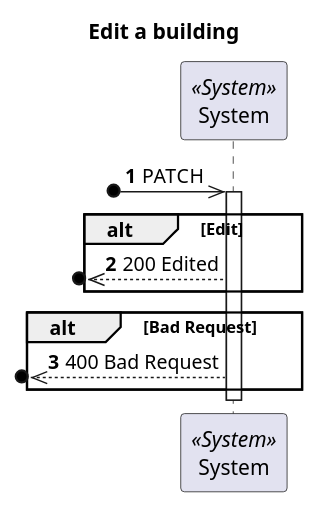
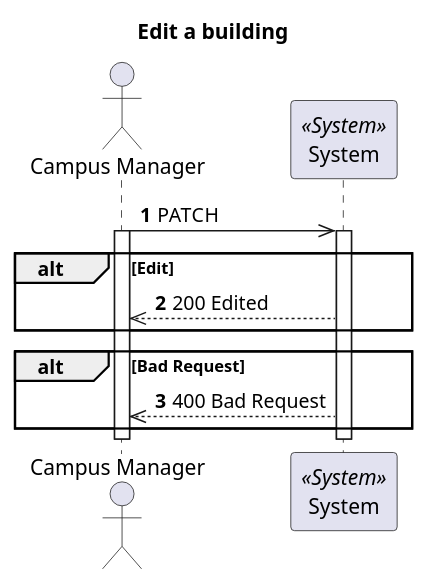
One commit to 1210910/lapr5 changed the diagram in docs/VistaProcesso/US160(1070)/ProcessView_Level1_US160.puml. Above: the diagram before and after it, drawn with PlantUML. The commit also changed 48 other files, not shown here.

```diff
--- a/docs/VistaProcesso/US160(1070)/ProcessView_Level1_US160.puml
+++ b/docs/VistaProcesso/US160(1070)/ProcessView_Level1_US160.puml
@@ -1,23 +1,26 @@
 @startuml
 'https://plantuml.com/sequence-diagram
 
 autonumber
 skinparam packageStyle rect
 
 title Edit a building
 
+actor "Campus Manager" as CM
 participant "System" as Sys <<System>>
 
-?o->> Sys : PATCH
+CM->> Sys : PATCH
 
 activate Sys
+activate CM
 alt Edit
-   ?o<<--Sys : 200 Edited
+   CM<<--Sys : 200 Edited
 end
 alt Bad Request
-   ?o<<--Sys : 400 Bad Request
+   CM<<--Sys : 400 Bad Request
 end
+deactivate CM
 deactivate Sys
 
 
 @enduml
```
